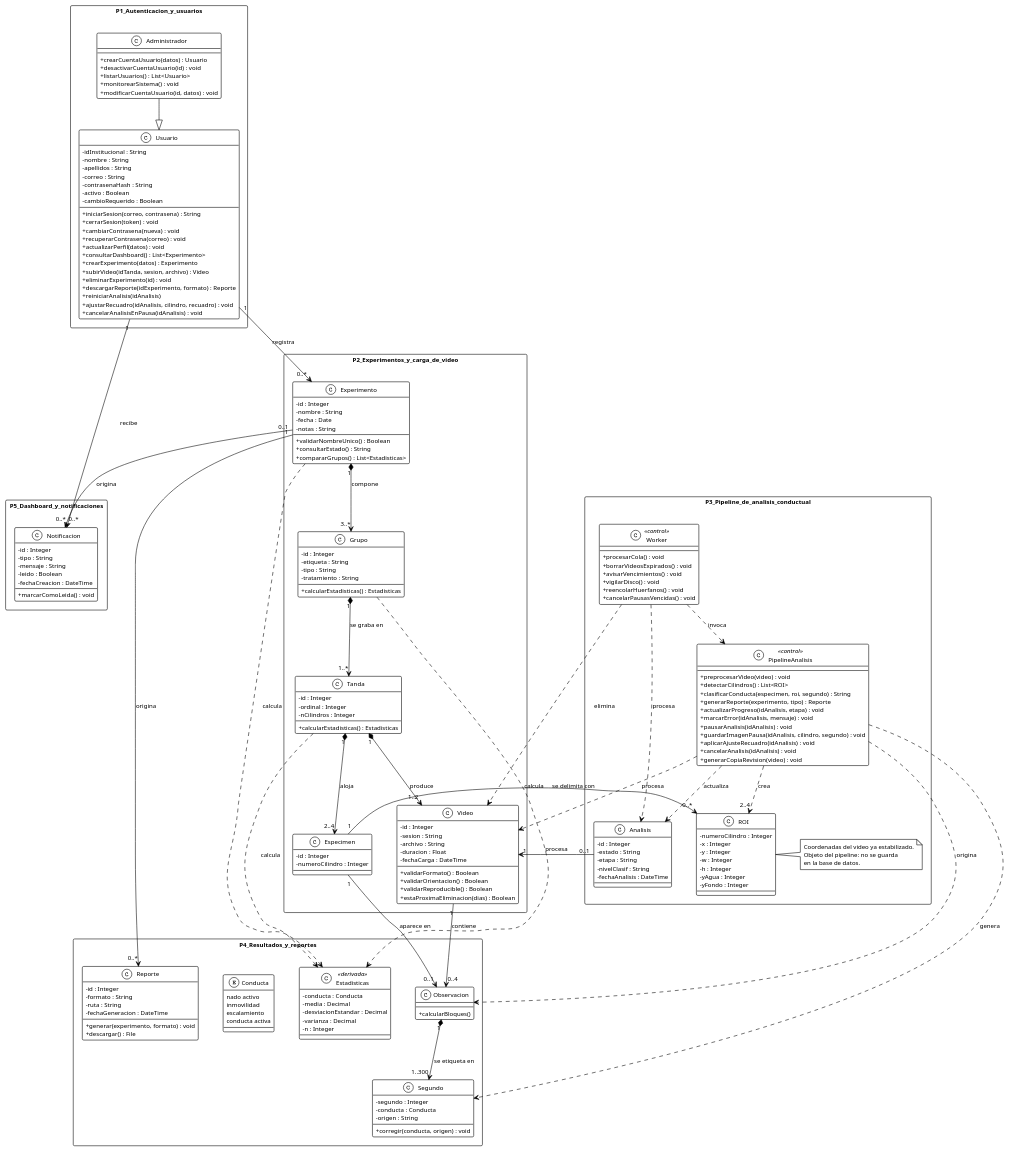
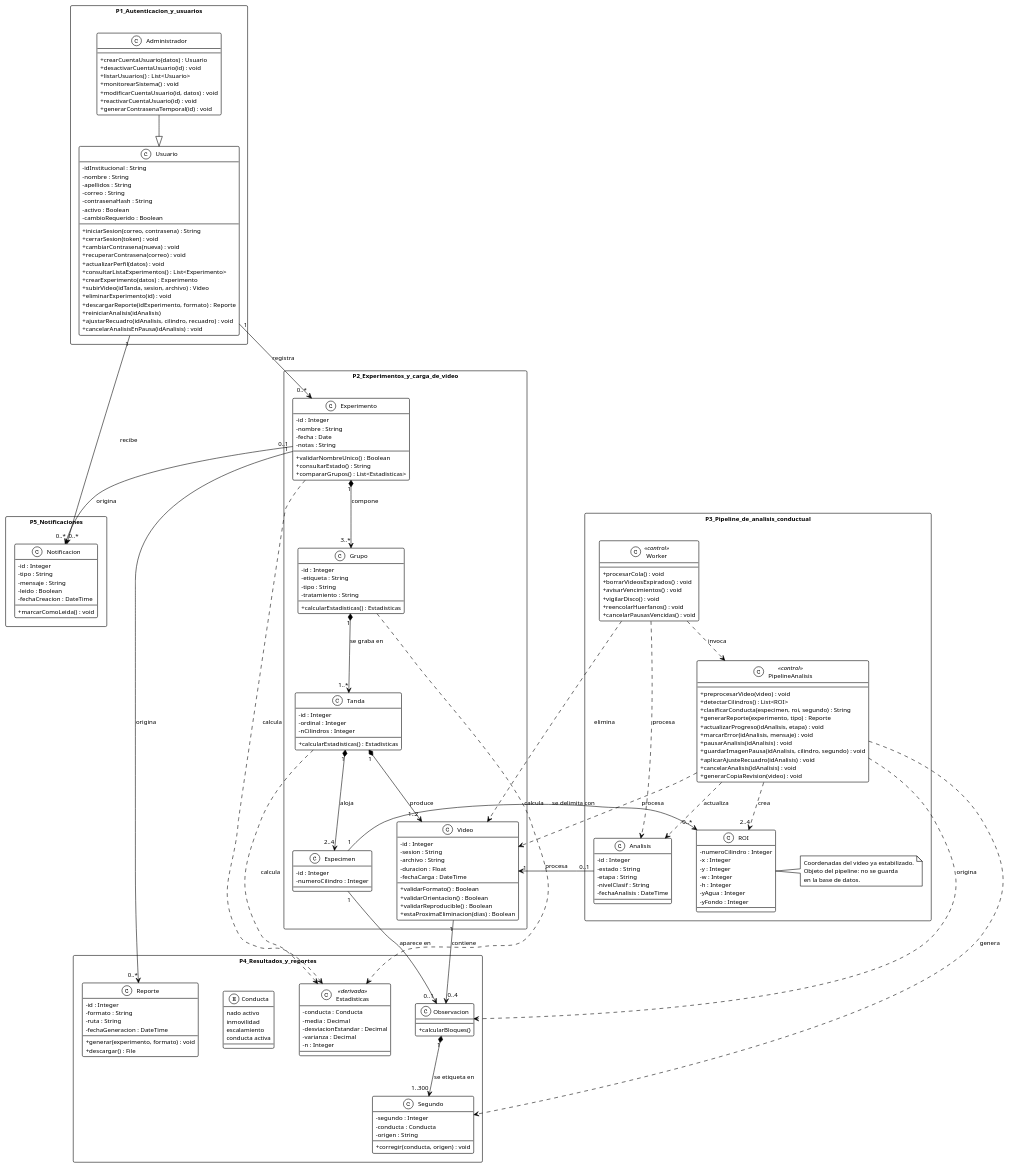
One commit to ErickJester/fst-ai-system-latex changed the diagram in diagramas/guia_web/clases.puml. Above: the diagram before and after it, drawn with PlantUML. The commit also changed 89 other files, not shown here.

```diff
--- a/diagramas/guia_web/clases.puml
+++ b/diagramas/guia_web/clases.puml
@@ -22,7 +22,7 @@
     +cambiarContrasena(nueva) : void
     +recuperarContrasena(correo) : void
     +actualizarPerfil(datos) : void
-    +consultarDashboard() : List<Experimento>
+    +consultarListaExperimentos() : List<Experimento>
     +crearExperimento(datos) : Experimento
     +subirVideo(idTanda, sesion, archivo) : Video
     +eliminarExperimento(id) : void
@@ -37,6 +37,8 @@
     +listarUsuarios() : List<Usuario>
     +monitorearSistema() : void
     +modificarCuentaUsuario(id, datos) : void
+    +reactivarCuentaUsuario(id) : void
+    +generarContrasenaTemporal(id) : void
   }
 }
 
@@ -158,7 +160,7 @@
   }
 }
 
-package P5_Dashboard_y_notificaciones {
+package P5_Notificaciones {
   class Notificacion {
     -id : Integer
     -tipo : String
```
